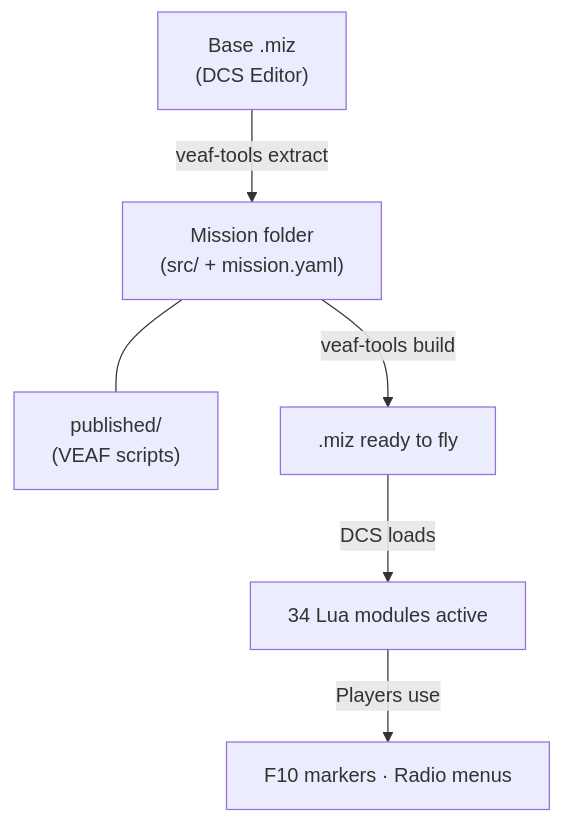
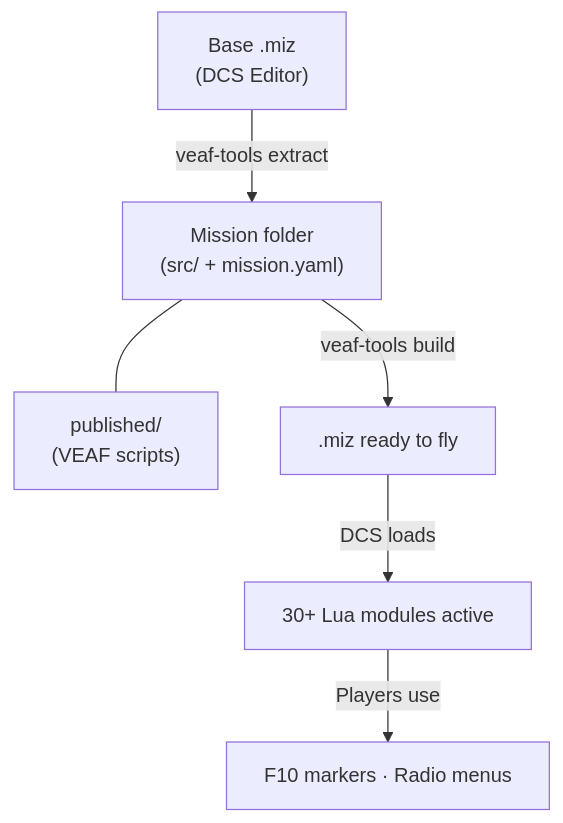
One commit to VEAF/VEAF-Mission-Creation-Tools changed the diagram in doc/index.en.md. Above: the diagram before and after it, drawn with Mermaid. The commit also changed other lines of this file and 43 other files, not shown here.

````diff
--- a/doc/index.en.md
+++ b/doc/index.en.md
@@ -21,8 +21,8 @@
 ```mermaid
 flowchart TD
     A["Base .miz\n(DCS Editor)"] -->|veaf-tools extract| B["Mission folder\n(src/ + mission.yaml)"]
     B --- C["published/\n(VEAF scripts)"]
     B -->|veaf-tools build| D[".miz ready to fly"]
-    D -->|DCS loads| E["34 Lua modules active"]
+    D -->|DCS loads| E["30+ Lua modules active"]
     E -->|Players use| F["F10 markers · Radio menus"]
 ```
````
